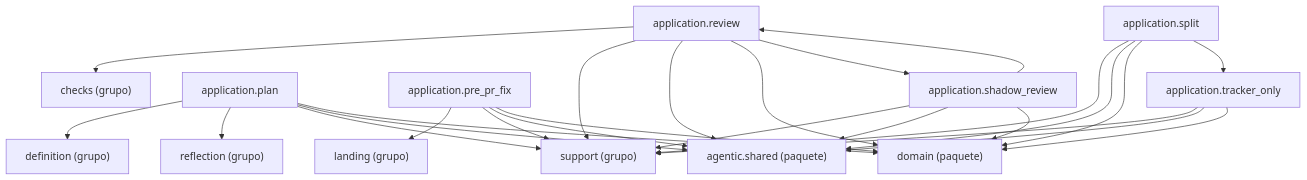
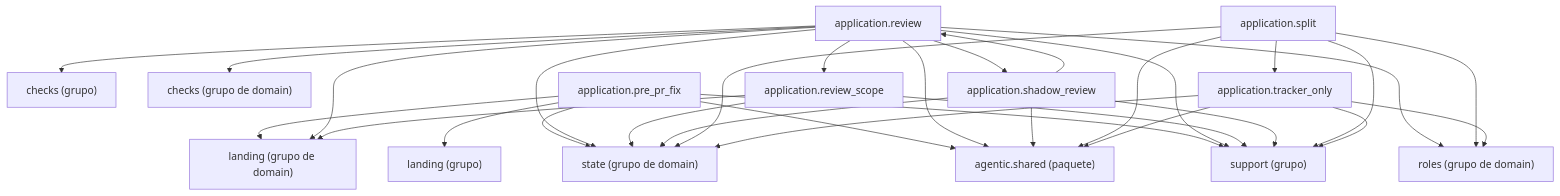
Before and after one commit to GonzaloZevallos/agentic-system: the diagram in docs/architecture/generated/packages-process-application-build-2.md, drawn with Mermaid. The commit also changed other lines of this file and 5 other files, not shown here.

Commit message:
Warn at preflight when git cannot print a remerge-diff and register the review scope module in the docs clusters (GH-589)

````diff
--- a/docs/architecture/generated/packages-process-application-build-2.md
+++ b/docs/architecture/generated/packages-process-application-build-2.md
@@ -16,41 +16,47 @@
 ```mermaid
 graph TD
     g_application__checks["checks (grupo)"]
-    g_application__definition["definition (grupo)"]
     g_application__landing["landing (grupo)"]
-    g_application__reflection["reflection (grupo)"]
     g_application__support["support (grupo)"]
+    g_domain__checks["checks (grupo de domain)"]
+    g_domain__landing["landing (grupo de domain)"]
+    g_domain__roles["roles (grupo de domain)"]
+    g_domain__state["state (grupo de domain)"]
     g_pkg__agentic__shared["agentic.shared (paquete)"]
-    g_pkg__domain["domain (paquete)"]
-    m_application__plan["application.plan"]
     m_application__pre_pr_fix["application.pre_pr_fix"]
     m_application__review["application.review"]
+    m_application__review_scope["application.review_scope"]
     m_application__shadow_review["application.shadow_review"]
     m_application__split["application.split"]
     m_application__tracker_only["application.tracker_only"]
-    m_application__plan --> g_application__definition
-    m_application__plan --> g_application__reflection
-    m_application__plan --> g_application__support
-    m_application__plan --> g_pkg__agentic__shared
-    m_application__plan --> g_pkg__domain
     m_application__pre_pr_fix --> g_application__landing
     m_application__pre_pr_fix --> g_application__support
+    m_application__pre_pr_fix --> g_domain__landing
+    m_application__pre_pr_fix --> g_domain__state
     m_application__pre_pr_fix --> g_pkg__agentic__shared
-    m_application__pre_pr_fix --> g_pkg__domain
     m_application__review --> g_application__checks
     m_application__review --> g_application__support
+    m_application__review --> g_domain__checks
+    m_application__review --> g_domain__landing
+    m_application__review --> g_domain__roles
+    m_application__review --> g_domain__state
     m_application__review --> g_pkg__agentic__shared
-    m_application__review --> g_pkg__domain
+    m_application__review --> m_application__review_scope
     m_application__review --> m_application__shadow_review
+    m_application__review_scope --> g_application__support
+    m_application__review_scope --> g_domain__landing
+    m_application__review_scope --> g_domain__state
     m_application__shadow_review --> g_application__support
+    m_application__shadow_review --> g_domain__state
     m_application__shadow_review --> g_pkg__agentic__shared
-    m_application__shadow_review --> g_pkg__domain
     m_application__shadow_review --> m_application__review
     m_application__split --> g_application__support
+    m_application__split --> g_domain__roles
+    m_application__split --> g_domain__state
     m_application__split --> g_pkg__agentic__shared
-    m_application__split --> g_pkg__domain
     m_application__split --> m_application__tracker_only
     m_application__tracker_only --> g_application__support
+    m_application__tracker_only --> g_domain__roles
+    m_application__tracker_only --> g_domain__state
     m_application__tracker_only --> g_pkg__agentic__shared
-    m_application__tracker_only --> g_pkg__domain
 ```
````
